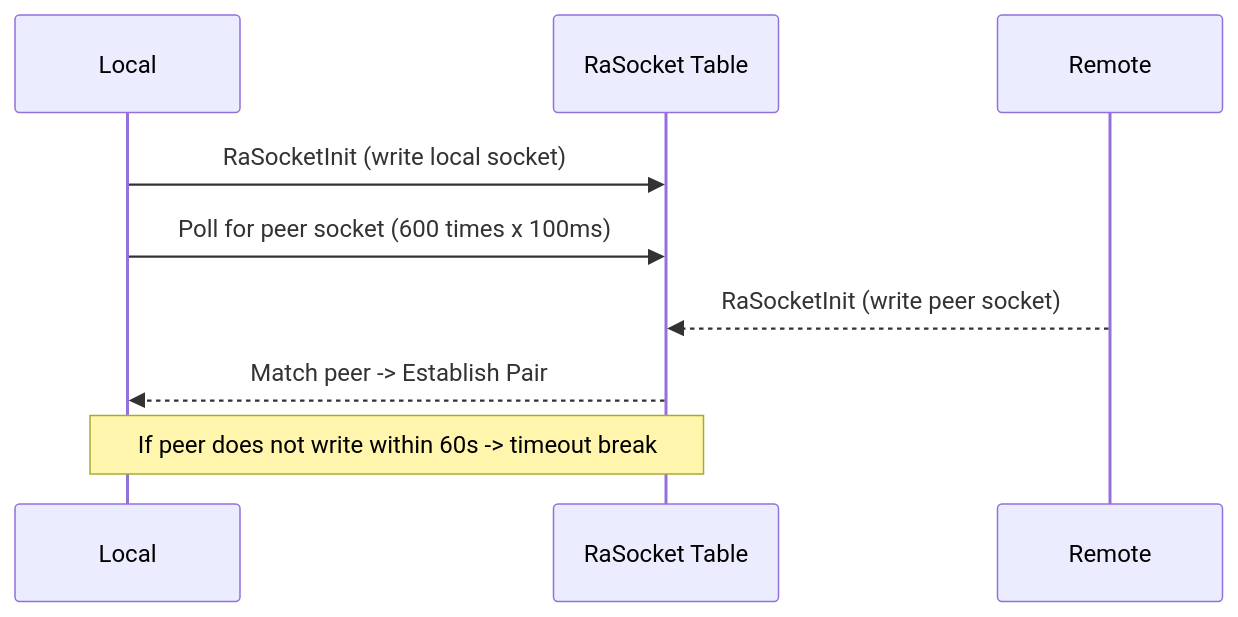
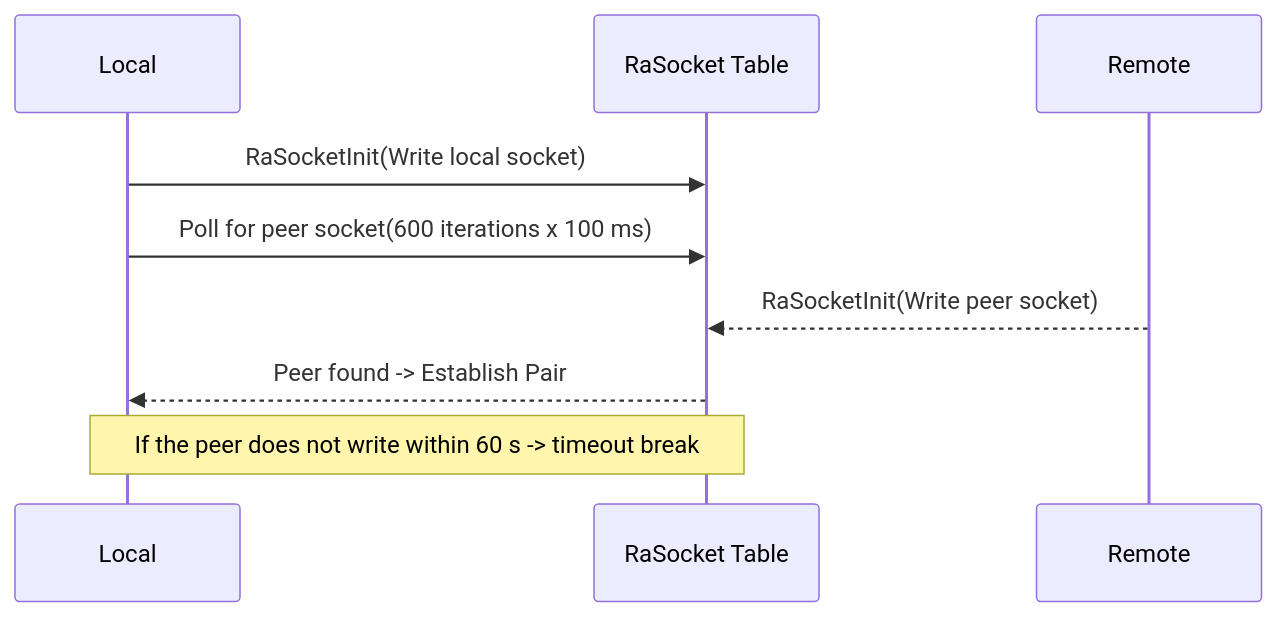
One commit to Atlas-Ascend-Fork/hcomm changed the fourth of 4 diagrams in test/hccl_vm/docs/faq/modules/faq_en.md. Above: the diagram before and after it, drawn with Mermaid. The commit also changed other lines of this file and 31 other files, not shown here.

````diff
--- a/test/hccl_vm/docs/faq/modules/faq_en.md
+++ b/test/hccl_vm/docs/faq/modules/faq_en.md
@@ -1039,11 +1041,11 @@
 ```mermaid
 sequenceDiagram
     participant L as Local
     participant DB as RaSocket Table
     participant R as Remote
-    L->>DB: RaSocketInit (write local socket)
-    L->>DB: Poll for peer socket (600 times x 100ms)
-    R-->>DB: RaSocketInit (write peer socket)
-    DB-->>L: Match peer -> Establish Pair
-    Note over L,DB: If peer does not write within 60s -> timeout break
+    L->>DB: RaSocketInit(Write local socket)
+    L->>DB: Poll for peer socket(600 iterations x 100 ms)
+    R-->>DB: RaSocketInit(Write peer socket)
+    DB-->>L: Peer found -> Establish Pair
+    Note over L,DB: If the peer does not write within 60 s -> timeout break
 ```
````
